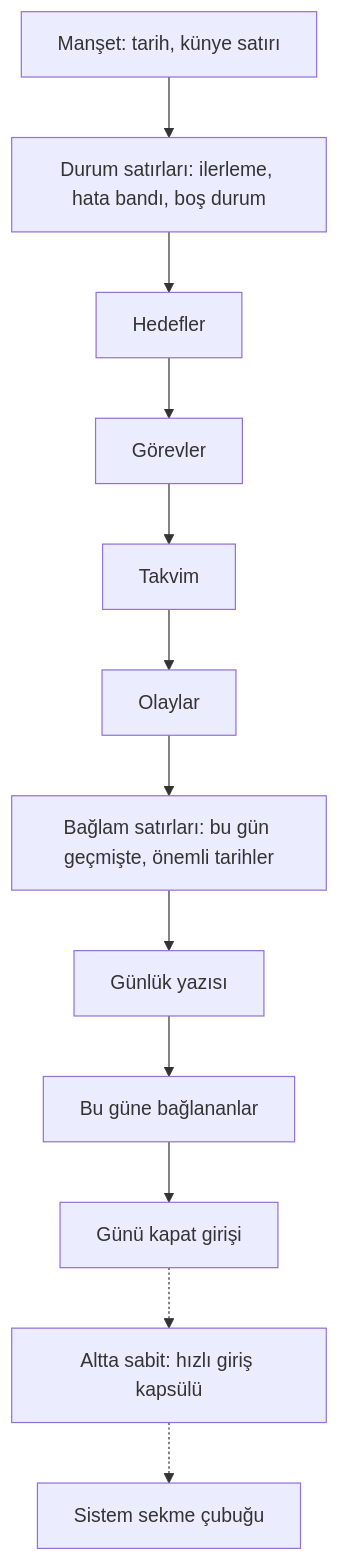
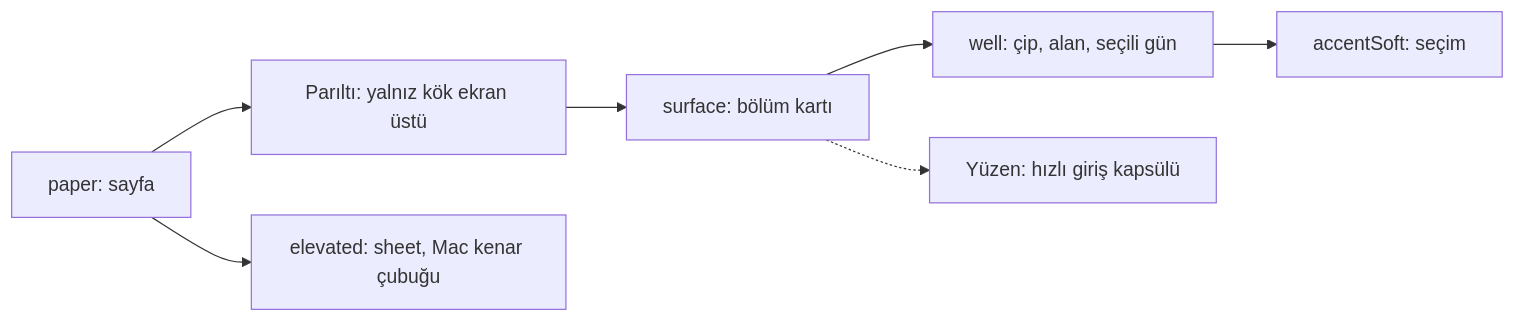
Before and after one commit to dogancanyildiz/kenet: the fifth of 6 diagrams in docs/design.md, drawn with Mermaid. The commit also changed other lines of this file and 3 other files, not shown here.

````diff
--- a/docs/design.md
+++ b/docs/design.md
@@ -594,14 +485,9 @@
 ```mermaid
-flowchart TD
-    A[Manşet: tarih, künye satırı] --> B[Durum satırları: ilerleme, hata bandı, boş durum]
-    B --> C[Hedefler]
-    C --> D[Görevler]
-    D --> E[Takvim]
-    E --> F[Olaylar]
-    F --> G[Bağlam satırları: bu gün geçmişte, önemli tarihler]
-    G --> H[Günlük yazısı]
-    H --> I[Bu güne bağlananlar]
-    I --> J[Günü kapat girişi]
-    J -.-> K[Altta sabit: hızlı giriş kapsülü]
-    K -.-> L[Sistem sekme çubuğu]
+flowchart LR
+    A[paper: sayfa] --> B[Parıltı: yalnız kök ekran üstü]
+    B --> C[surface: bölüm kartı]
+    C --> D[well: çip, alan, seçili gün]
+    D --> E[accentSoft: seçim]
+    A --> F[elevated: sheet, Mac kenar çubuğu]
+    C -.-> G[Yüzen: hızlı giriş kapsülü]
 ```
````
